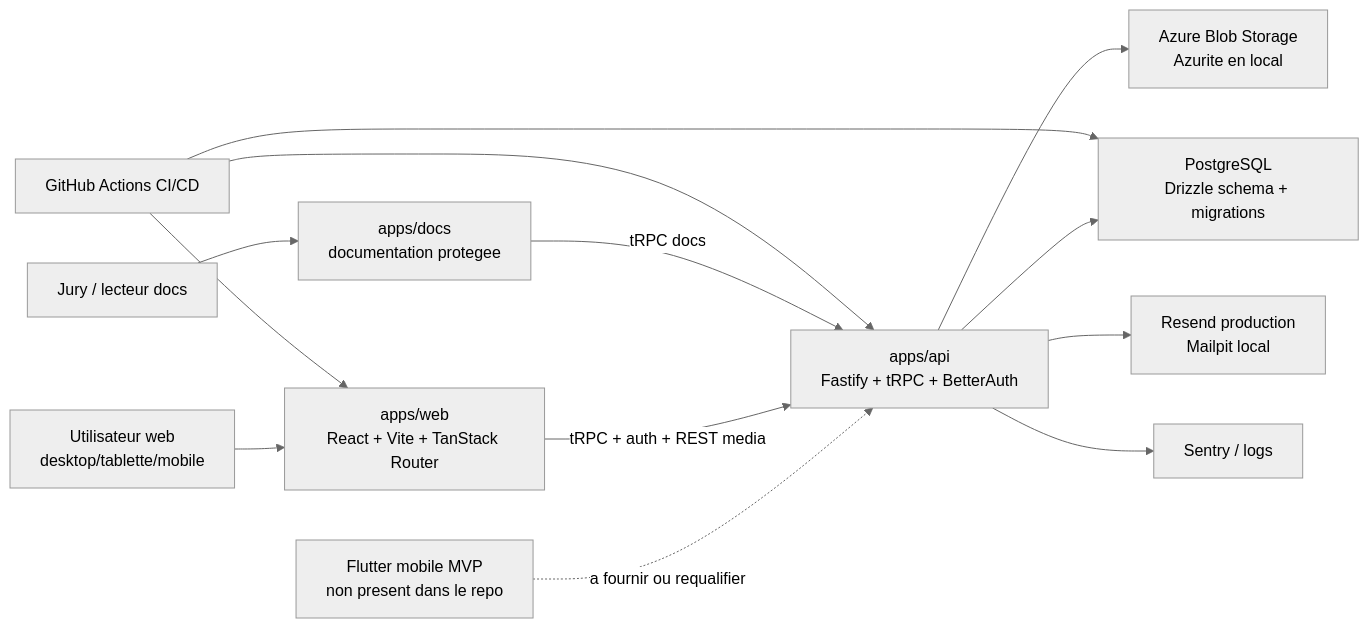
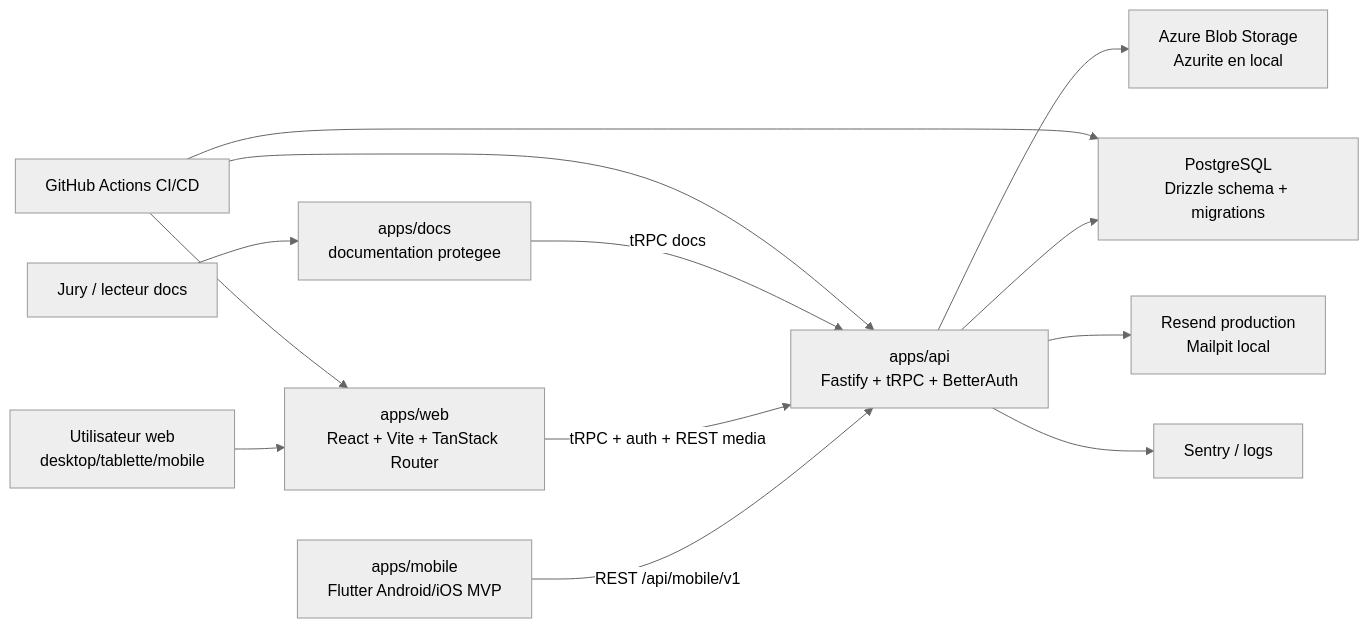
The first of 2 diagrams in docs/rncp/architecture-technique-fil-rouge.md (MyTuums-Group/MyTuums), drawn with Mermaid (neutral theme) before and after one commit. The commit also changed other lines of this file and 5 other files, not shown here.

Commit message:
docs: align fil rouge evidence with Flutter MVP

````diff
--- a/docs/rncp/architecture-technique-fil-rouge.md
+++ b/docs/rncp/architecture-technique-fil-rouge.md
@@ -11,15 +11,15 @@
 ```mermaid
 flowchart LR
   User["Utilisateur web<br/>desktop/tablette/mobile"] --> Web["apps/web<br/>React + Vite + TanStack Router"]
   Jury["Jury / lecteur docs"] --> Docs["apps/docs<br/>documentation protegee"]
-  Flutter["Flutter mobile MVP<br/>non present dans le repo"] -. "a fournir ou requalifier" .-> API
+  Flutter["apps/mobile<br/>Flutter Android/iOS MVP"] -->|"REST /api/mobile/v1"| API
   Web -->|"tRPC + auth + REST media"| API["apps/api<br/>Fastify + tRPC + BetterAuth"]
   Docs -->|"tRPC docs"| API
   API --> DB["PostgreSQL<br/>Drizzle schema + migrations"]
   API --> Blob["Azure Blob Storage<br/>Azurite en local"]
   API --> Email["Resend production<br/>Mailpit local"]
   API --> Sentry["Sentry / logs"]
   GitHub["GitHub Actions CI/CD"] --> Web
   GitHub --> API
   GitHub --> DB
 ```
````
